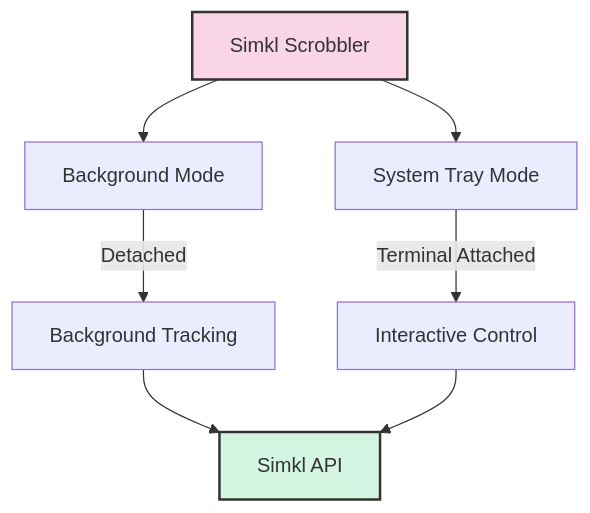
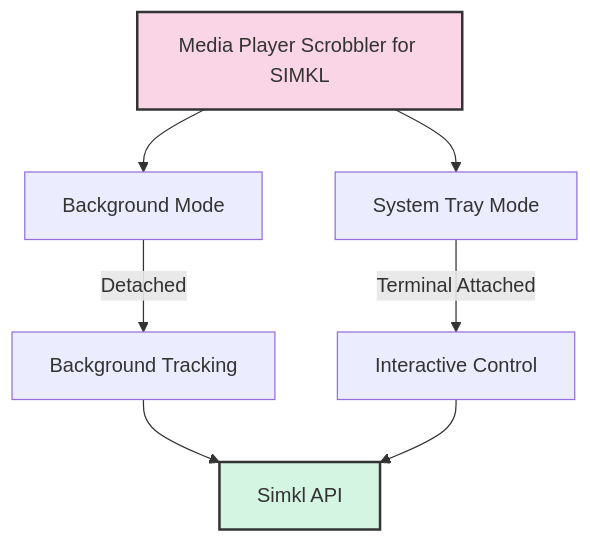
One commit to ByteTrix/Media-Player-Scrobbler-for-Simkl changed the diagram in docs/usage.md. Above: the diagram before and after it, drawn with Mermaid. The commit also changed other lines of this file and 24 other files, not shown here.

````diff
--- a/docs/usage.md
+++ b/docs/usage.md
@@ -103,14 +103,14 @@
 ```mermaid
 graph TD
-    A[Simkl Scrobbler] --> B[Background Mode]
+    A[Media Player Scrobbler for SIMKL] --> B[Background Mode]
     A --> C[System Tray Mode]
     
     B -->|Detached| F[Background Tracking]
     C -->|Terminal Attached| G[Interactive Control]
     
     F --> J[Simkl API]
     G --> J
     
     style A fill:#f9d5e5,stroke:#333,stroke-width:2px
     style J fill:#d5f5e3,stroke:#333,stroke-width:2px
 ```
````
